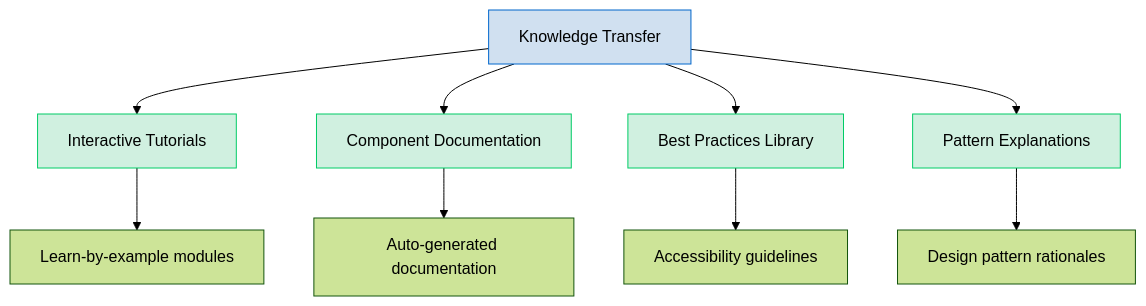
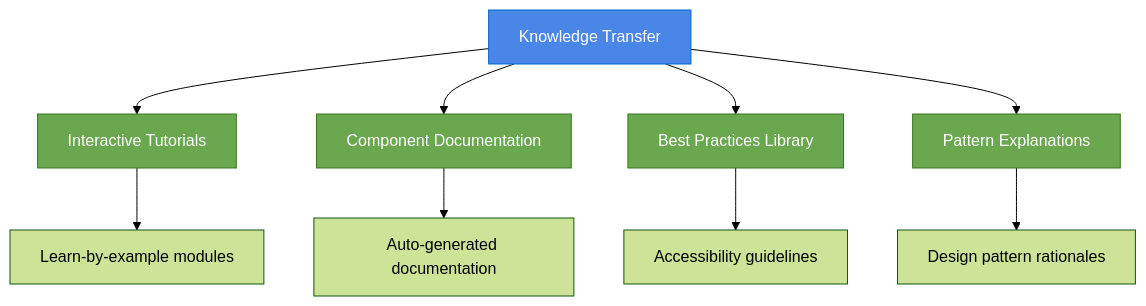
Diagram 14 of 27 in advance.md (hungmanhdo/componentcraft_ai), drawn with Mermaid (forest theme) before and after one commit. The commit also changed other lines of this file and 1 other file, not shown here.

Commit message:
Update style of charts

````diff
--- a/advance.md
+++ b/advance.md
@@ -497,18 +497,18 @@
 ```mermaid
 graph TD
     A[Knowledge Transfer] --> B[Interactive Tutorials]
     A --> C[Component Documentation]
     A --> D[Best Practices Library]
     A --> E[Pattern Explanations]
 
     B --> B1[Learn-by-example modules]
     C --> C1[Auto-generated documentation]
     D --> D1[Accessibility guidelines]
     E --> E1[Design pattern rationales]
 
-    style A fill:#d0e0f0,stroke:#0066cc
-    style B fill:#d0f0e0,stroke:#00cc66
-    style C fill:#d0f0e0,stroke:#00cc66
-    style D fill:#d0f0e0,stroke:#00cc66
-    style E fill:#d0f0e0,stroke:#00cc66
+    style A fill:#4a86e8,stroke:#0066cc,color:#ffffff
+    style B fill:#6aa84f,stroke:#38761d,color:#ffffff
+    style C fill:#6aa84f,stroke:#38761d,color:#ffffff
+    style D fill:#6aa84f,stroke:#38761d,color:#ffffff
+    style E fill:#6aa84f,stroke:#38761d,color:#ffffff
 ```
````
